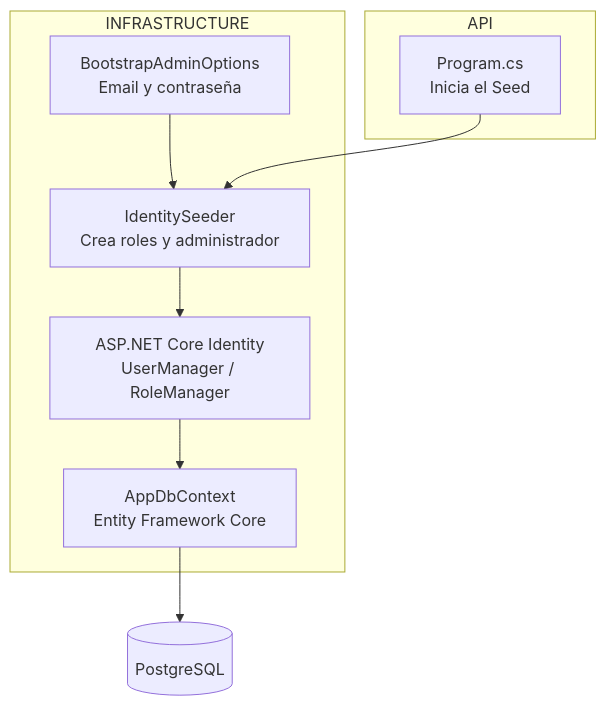
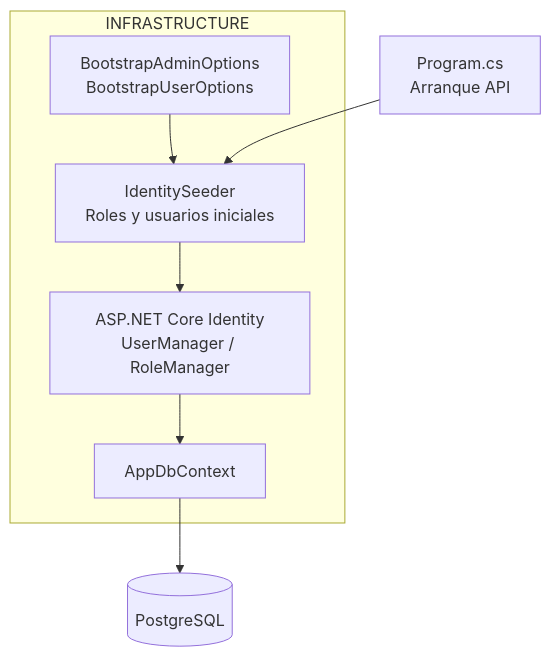
One commit to MLahuasi/FEPP-ContaOps changed the fourth of 7 diagrams in specs/implementation/02-identidad-roles-jwt-imp.md. Above: the diagram before and after it, drawn with Mermaid. The commit also changed other lines of this file and 22 other files, not shown here.

````diff
--- a/specs/implementation/02-identidad-roles-jwt-imp.md
+++ b/specs/implementation/02-identidad-roles-jwt-imp.md
@@ -625,22 +248,14 @@
 ```mermaid
 flowchart TB
-    subgraph Presentation["API"]
-        Program["Program.cs<br/>Inicia el Seed"]
+    Program["Program.cs<br/>Arranque API"]
+    subgraph Infrastructure["INFRASTRUCTURE"]
+        Seeder["IdentitySeeder<br/>Roles y usuarios iniciales"]
+        Opt["BootstrapAdminOptions<br/>BootstrapUserOptions"]
+        Identity["ASP.NET Core Identity<br/>UserManager / RoleManager"]
+        Db["AppDbContext"]
+        Opt --> Seeder --> Identity --> Db
     end
-
-    subgraph Infrastructure["INFRASTRUCTURE"]
-        Seeder["IdentitySeeder<br/>Crea roles y administrador"]
-        Options["BootstrapAdminOptions<br/>Email y contraseña"]
-        Identity["ASP.NET Core Identity<br/>UserManager / RoleManager"]
-        DbContext["AppDbContext<br/>Entity Framework Core"]
-
-        Options --> Seeder
-        Seeder --> Identity
-        Identity --> DbContext
-    end
-
-    PostgreSQL[("PostgreSQL")]
-
+    Pg[("PostgreSQL")]
     Program --> Seeder
-    DbContext --> PostgreSQL
+    Db --> Pg
 ```
````
